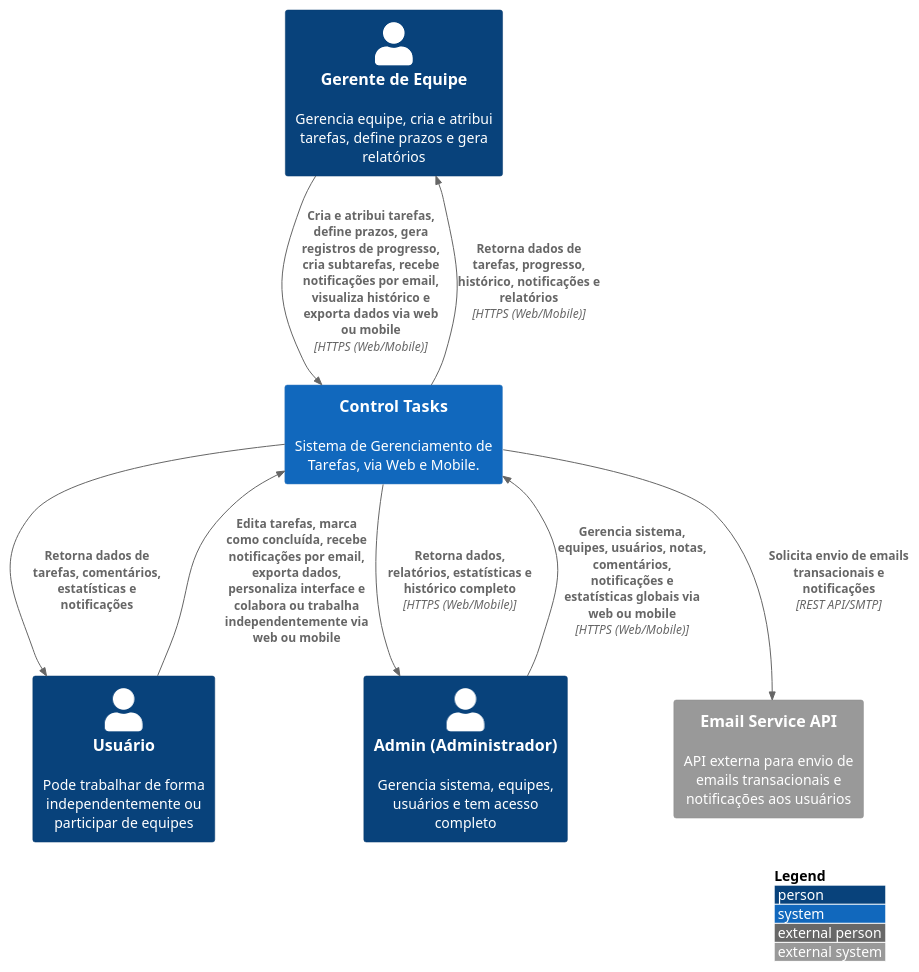
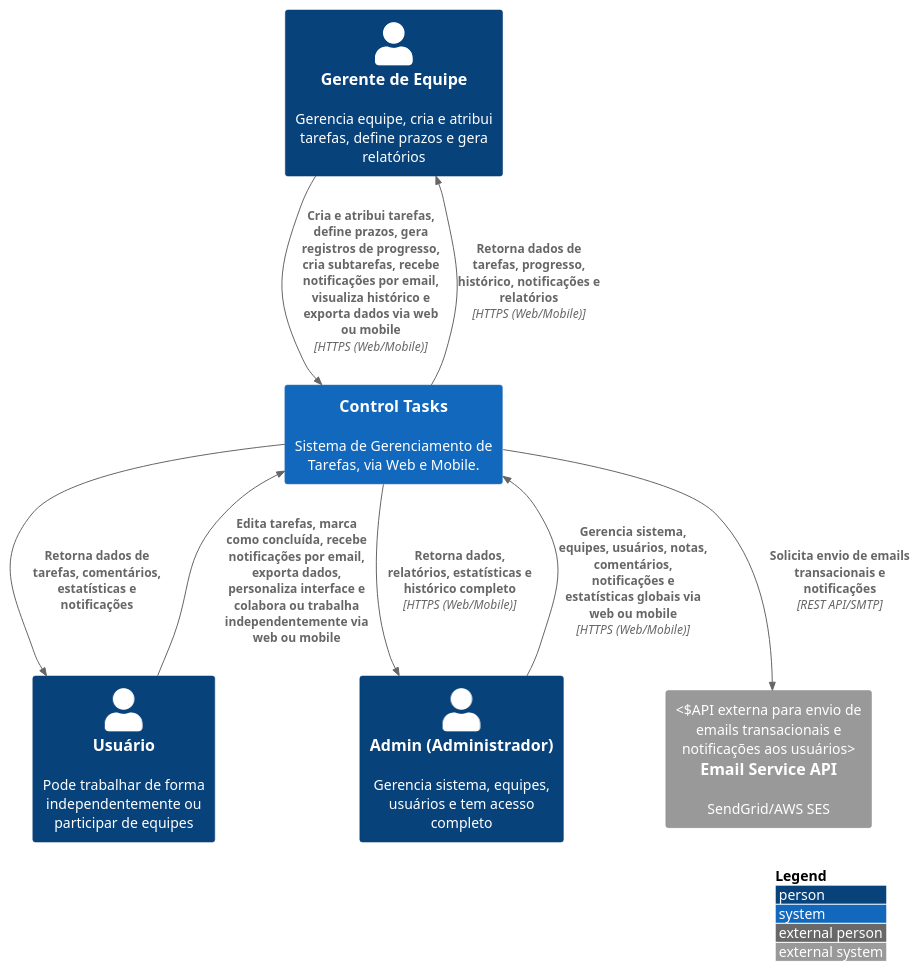
One commit to juliocesarfs/tjgo-projeto-software changed the diagram in diagramas c4/DIAGRAMA_C4_CONTEXTO.puml. Above: the diagram before and after it, drawn with PlantUML.

Commit message:
docs: update email service description in C4 context diagram

```diff
--- a/diagramas c4/DIAGRAMA_C4_CONTEXTO.puml
+++ b/diagramas c4/DIAGRAMA_C4_CONTEXTO.puml
@@ -1,64 +1,64 @@
 @startuml C4_Context_ControlTasks
 
 !include https://raw.githubusercontent.com/plantuml-stdlib/C4-PlantUML/master/C4_Context.puml
 
 ' ============================================================================
 ' SYSTEM CONTEXT DIAGRAM - Level 1
 ' Control Tasks - Sistema de Gerenciamento de Tarefas, Notas, Equipes, Comentários, Atividades e Notificações (Web e Mobile)
 ' ============================================================================
 
 LAYOUT_WITH_LEGEND()
 
 ' ============================================================================
 ' ATORES / USUÁRIOS
 ' ============================================================================
 Person(teamManager, "Gerente de Equipe", "Gerencia equipe, cria e atribui tarefas, define prazos e gera relatórios")
 
 Person(user, "Usuário", "Pode trabalhar de forma independentemente ou participar de equipes")
 
 Person(adminPerson, "Admin (Administrador)", "Gerencia sistema, equipes, usuários e tem acesso completo")
 
 
 
 
 ' ============================================================================
 ' SISTEMA PRINCIPAL
 ' ============================================================================
 System(controlTasks, "Control Tasks", "Sistema de Gerenciamento de Tarefas, via Web e Mobile.")
 
 ' ============================================================================
 ' BANCO DE DADOS
 ' ============================================================================
 
 
 ' ============================================================================
 ' SISTEMAS EXTERNOS (FUTURO)
 ' ============================================================================
-System_Ext(emailService, "Email Service API", "API externa para envio de emails transacionais e notificações aos usuários")
+System_Ext(emailService, "Email Service API", "SendGrid/AWS SES", "API externa para envio de emails transacionais e notificações aos usuários")
 
 ' ============================================================================
 ' RELACIONAMENTOS
 ' ============================================================================
 
 
 
 
 
 ' Gerente de Equipe
 Rel(teamManager, controlTasks, "Cria e atribui tarefas, define prazos, gera registros de progresso, cria subtarefas, recebe notificações por email, visualiza histórico e exporta dados via web ou mobile", "HTTPS (Web/Mobile)")
 Rel(controlTasks, teamManager, "Retorna dados de tarefas, progresso, histórico, notificações e relatórios", "HTTPS (Web/Mobile)")
 
 ' Usuário
 Rel(user, controlTasks, "Edita tarefas, marca como concluída, recebe notificações por email, exporta dados, personaliza interface e colabora ou trabalha independentemente via web ou mobile")
 Rel(controlTasks, user, "Retorna dados de tarefas, comentários, estatísticas e notificações")
 
 ' Admin
 Rel(adminPerson, controlTasks, "Gerencia sistema, equipes, usuários, notas, comentários, notificações e estatísticas globais via web ou mobile", "HTTPS (Web/Mobile)")
 Rel(controlTasks, adminPerson, "Retorna dados, relatórios, estatísticas e histórico completo", "HTTPS (Web/Mobile)")
 
 
 
 ' Integração com Email
 Rel(controlTasks, emailService, "Solicita envio de emails transacionais e notificações", "REST API/SMTP")
 
 @enduml
```
